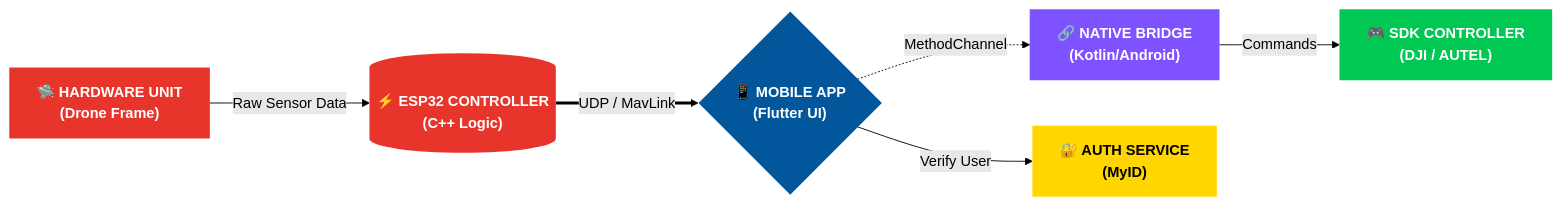
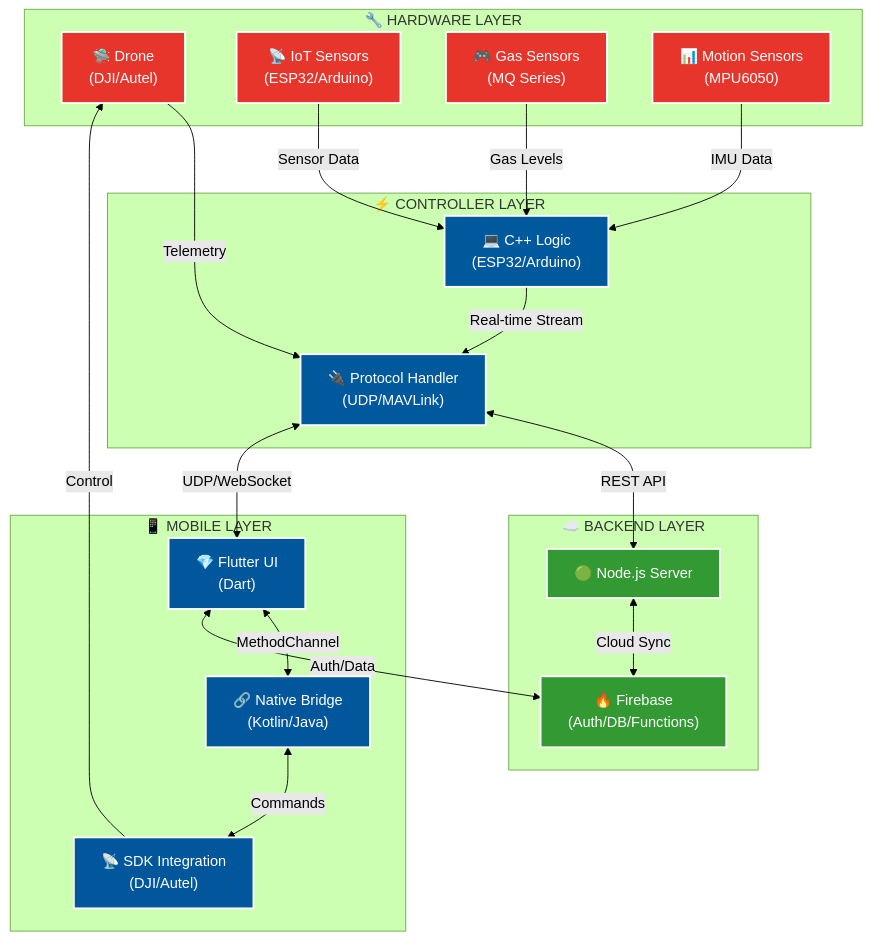
Before and after one commit to Vafoyev/Vafoyev: the diagram in README.md, drawn with Mermaid (forest theme). The commit also changed other lines of this file, not shown here.

````diff
--- a/README.md
+++ b/README.md
@@ -84,27 +206,48 @@
 ```mermaid
-graph LR
-    A["🛸 HARDWARE UNIT<br/>(Drone Frame)"]
-    B[("⚡ ESP32 CONTROLLER<br/>(C++ Logic)")]
-    C{"📱 MOBILE APP<br/>(Flutter UI)"}
-    D["🔗 NATIVE BRIDGE<br/>(Kotlin/Android)"]
-    E["🎮 SDK CONTROLLER<br/>(DJI / AUTEL)"]
-    F["🔐 AUTH SERVICE<br/>(MyID)"]
+graph TB
+    subgraph Hardware ["🔧 HARDWARE LAYER"]
+        A["🛸 Drone<br/>(DJI/Autel)"]
+        B["📡 IoT Sensors<br/>(ESP32/Arduino)"]
+        C["🎮 Gas Sensors<br/>(MQ Series)"]
+        D["📊 Motion Sensors<br/>(MPU6050)"]
+    end
+    
+    subgraph Controller ["⚡ CONTROLLER LAYER"]
+        E["💻 C++ Logic<br/>(ESP32/Arduino)"]
+        F["🔌 Protocol Handler<br/>(UDP/MAVLink)"]
+    end
+    
+    subgraph Backend ["☁️ BACKEND LAYER"]
+        G["🟢 Node.js Server"]
+        H["🔥 Firebase<br/>(Auth/DB/Functions)"]
+    end
+    
+    subgraph Mobile ["📱 MOBILE LAYER"]
+        I["💎 Flutter UI<br/>(Dart)"]
+        J["🔗 Native Bridge<br/>(Kotlin/Java)"]
+        K["📡 SDK Integration<br/>(DJI/Autel)"]
+    end
 
-    A -->|Raw Sensor Data| B
-    B == "UDP / MavLink" ==> C
-    C -. "MethodChannel" .-> D
-    D -->|Commands| E
-    C -- "Verify User" --> F
+    A -->|Telemetry| F
+    B -->|Sensor Data| E
+    C -->|Gas Levels| E
+    D -->|IMU Data| E
+    E -->|Real-time Stream| F
+    F <-->|REST API| G
+    G <-->|Cloud Sync| H
+    F <-->|UDP/WebSocket| I
+    I <-->|MethodChannel| J
+    J <-->|Commands| K
+    K -->|Control| A
+    I <-->|Auth/Data| H
 
-    classDef hardware fill:#E7352C,stroke:none,color:white,font-weight:bold;
-    classDef mobile fill:#02569B,stroke:none,color:white,font-weight:bold;
-    classDef native fill:#7F52FF,stroke:none,color:white,font-weight:bold;
-    classDef sdk fill:#00C853,stroke:none,color:white,font-weight:bold;
-    classDef auth fill:#FFD600,stroke:none,color:black,font-weight:bold;
+    classDef hardware fill:#E7352C,stroke:#fff,stroke-width:2px,color:#fff;
+    classDef controller fill:#00599C,stroke:#fff,stroke-width:2px,color:#fff;
+    classDef backend fill:#339933,stroke:#fff,stroke-width:2px,color:#fff;
+    classDef mobile fill:#02569B,stroke:#fff,stroke-width:2px,color:#fff;
 
-    class A,B hardware;
-    class C mobile;
-    class D native;
-    class E sdk;
-    class F auth;
+    class A,B,C,D hardware;
+    class E,F controller;
+    class G,H backend;
+    class I,J,K mobile;
 ```
````
